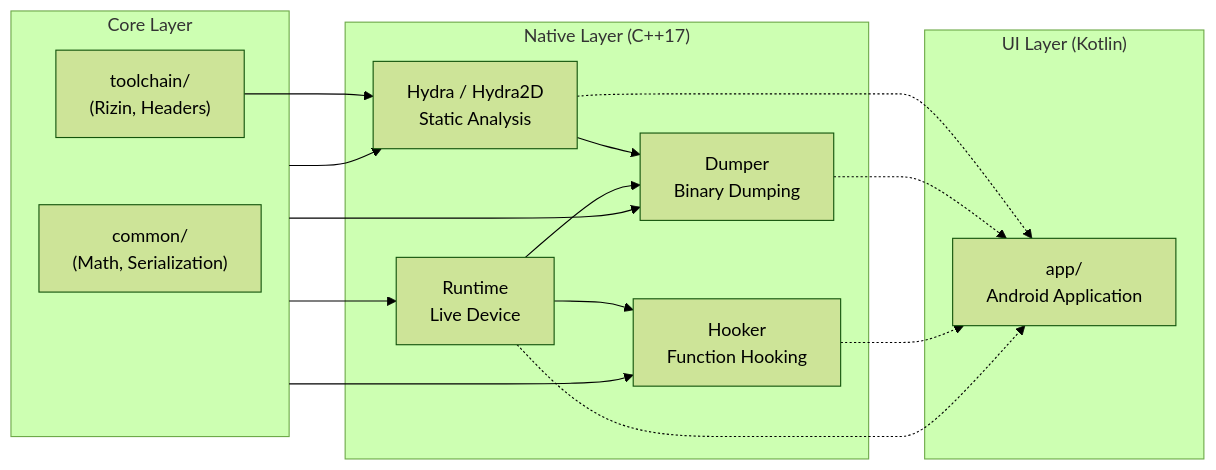
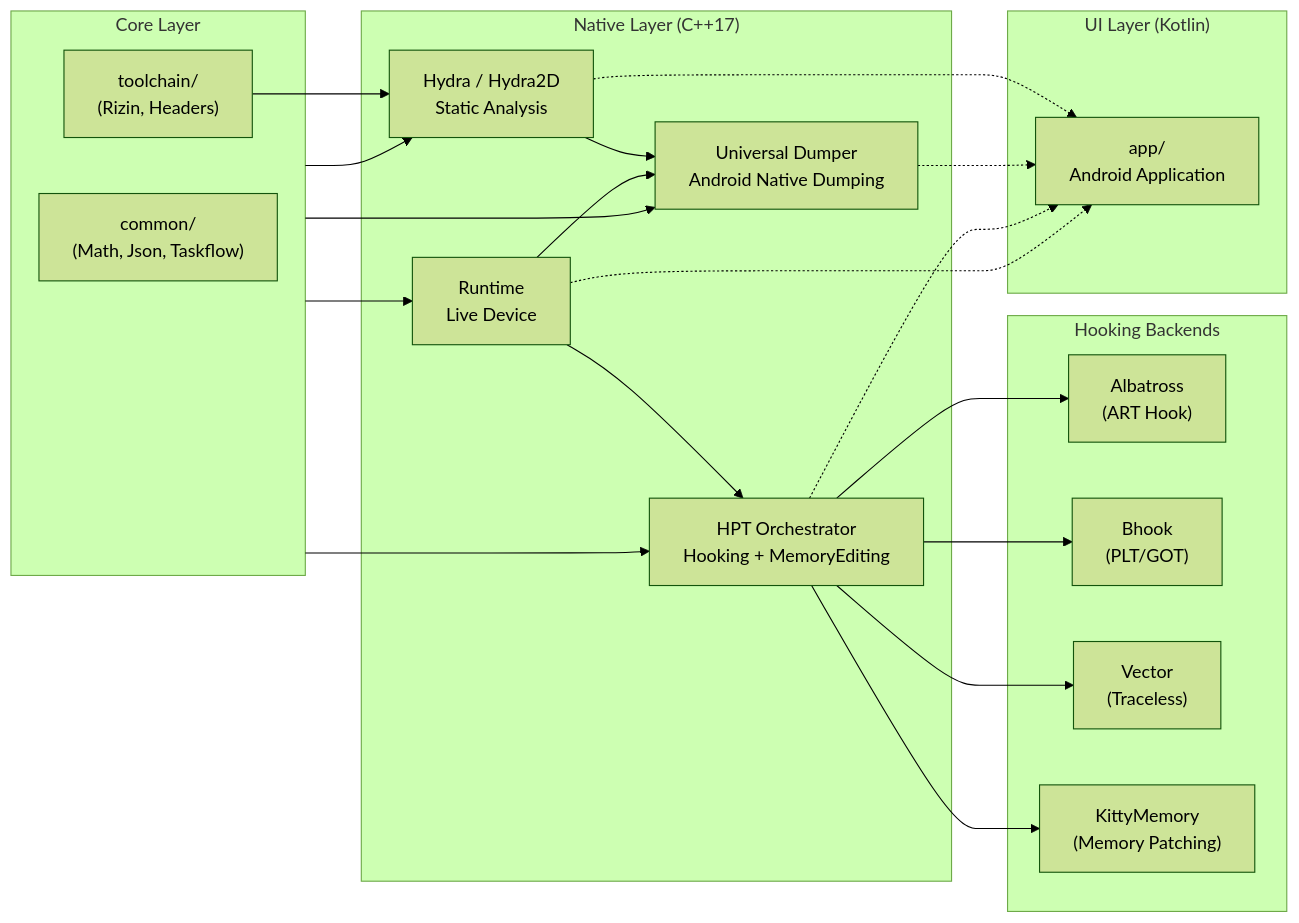
One commit to CicakDroid/OmniByte changed the second of 2 diagrams in README_EN.md. Above: the diagram before and after it, drawn with Mermaid (forest theme). The commit also changed other lines of this file and 5 other files, not shown here.

First line of the commit message:
docs: refresh all README diagrams & add build script

````diff
--- a/README_EN.md
+++ b/README_EN.md
@@ -225,33 +247,44 @@
 ```mermaid
 flowchart LR
     subgraph CORE["Core Layer"]
-        COMMON["common/\n(Math, Serialization)"]
+        COMMON["common/\n(Math, Json, Taskflow)"]
         TOOLCHAIN["toolchain/\n(Rizin, Headers)"]
     end
 
     subgraph NATIVE["Native Layer (C++17)"]
         HYDRA["Hydra / Hydra2D\nStatic Analysis"]
-        DUMPER["Dumper\nBinary Dumping"]
-        HOOKER["Hooker\nFunction Hooking"]
+        DUMPER["Universal Dumper\nAndroid Native Dumping"]
+        HPT["HPT Orchestrator\nHooking + MemoryEditing"]
         RUNTIME["Runtime\nLive Device"]
+    end
+
+    subgraph HOOKS["Hooking Backends"]
+        HK_ART["Albatross\n(ART Hook)"]
+        HK_BHK["Bhook\n(PLT/GOT)"]
+        HK_VEC["Vector\n(Traceless)"]
+        HK_KIT["KittyMemory\n(Memory Patching)"]
     end
 
     subgraph UI["UI Layer (Kotlin)"]
         APP["app/\nAndroid Application"]
     end
 
     CORE --> HYDRA
     CORE --> DUMPER
-    CORE --> HOOKER
+    CORE --> HPT
     CORE --> RUNTIME
     TOOLCHAIN --> HYDRA
 
     HYDRA --> DUMPER
     RUNTIME --> DUMPER
-    RUNTIME --> HOOKER
+    RUNTIME --> HPT
+    HPT --> HK_ART
+    HPT --> HK_BHK
+    HPT --> HK_VEC
+    HPT --> HK_KIT
 
     HYDRA -.-> APP
     DUMPER -.-> APP
-    HOOKER -.-> APP
+    HPT -.-> APP
     RUNTIME -.-> APP
 ```
````
